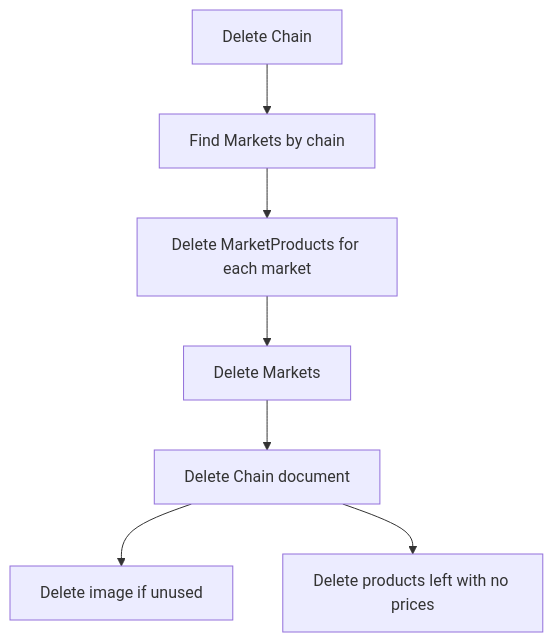
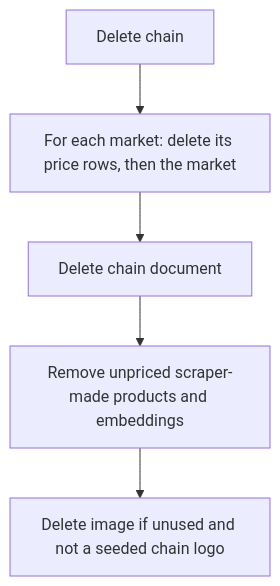
One commit to martintrifunov/obrok changed the diagram in apps/docs/backend/modules/chain.md. Above: the diagram before and after it, drawn with Mermaid. The commit also changed other lines of this file and 13 other files, not shown here.

````diff
--- a/apps/docs/backend/modules/chain.md
+++ b/apps/docs/backend/modules/chain.md
@@ -45,9 +50,7 @@
 ```mermaid
 flowchart TD
-    A[Delete Chain] --> B[Find Markets by chain]
-    B --> C[Delete MarketProducts for each market]
-    C --> D[Delete Markets]
-    D --> E[Delete Chain document]
-    E --> F[Delete image if unused]
-    E --> G[Delete products left with no prices]
+    A[Delete chain] --> B[For each market: delete its price rows, then the market]
+    B --> C[Delete chain document]
+    C --> D[Remove unpriced scraper-made products and embeddings]
+    D --> E[Delete image if unused and not a seeded chain logo]
 ```
````
